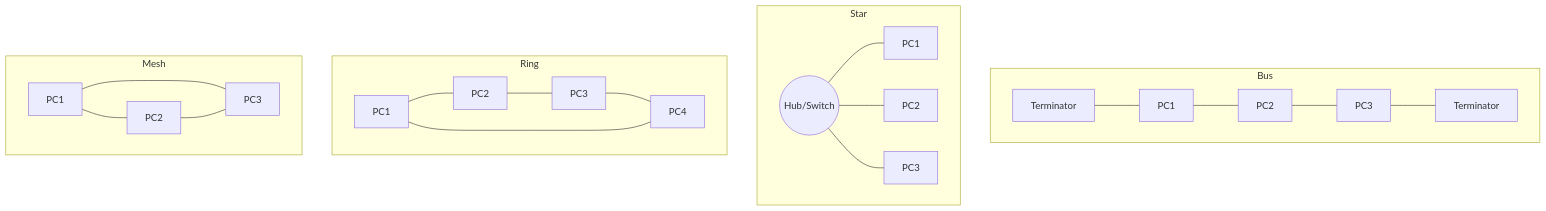
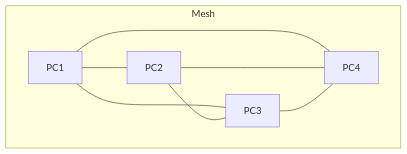
Before and after one commit to zenyyxz/Zen_dx-Notes: the fifth of 10 diagrams in 03 - ICT/Lesson 06 - Data Communication & Networking.md, drawn with Mermaid. The commit also changed other lines of this file, not shown here.

````diff
--- a/03 - ICT/Lesson 06 - Data Communication & Networking.md
+++ b/03 - ICT/Lesson 06 - Data Communication & Networking.md
@@ -220,19 +247,11 @@
 ```mermaid
-graph TD
-    subgraph Bus
-        T1[Terminator] --- B1[PC1] --- B2[PC2] --- B3[PC3] --- T2[Terminator]
-    end
-    subgraph Star
-        H((Hub/Switch)) --- S1[PC1]
-        H --- S2[PC2]
-        H --- S3[PC3]
-    end
-    subgraph Ring
-        R1[PC1] --- R2[PC2] --- R3[PC3] --- R4[PC4] --- R1
-    end
-    subgraph Mesh
+graph TB
+    subgraph MESH["Mesh"]
         M1[PC1] --- M2[PC2]
         M1 --- M3[PC3]
+        M1 --- M4[PC4]
         M2 --- M3
+        M2 --- M4
+        M3 --- M4
     end
 ```
````
